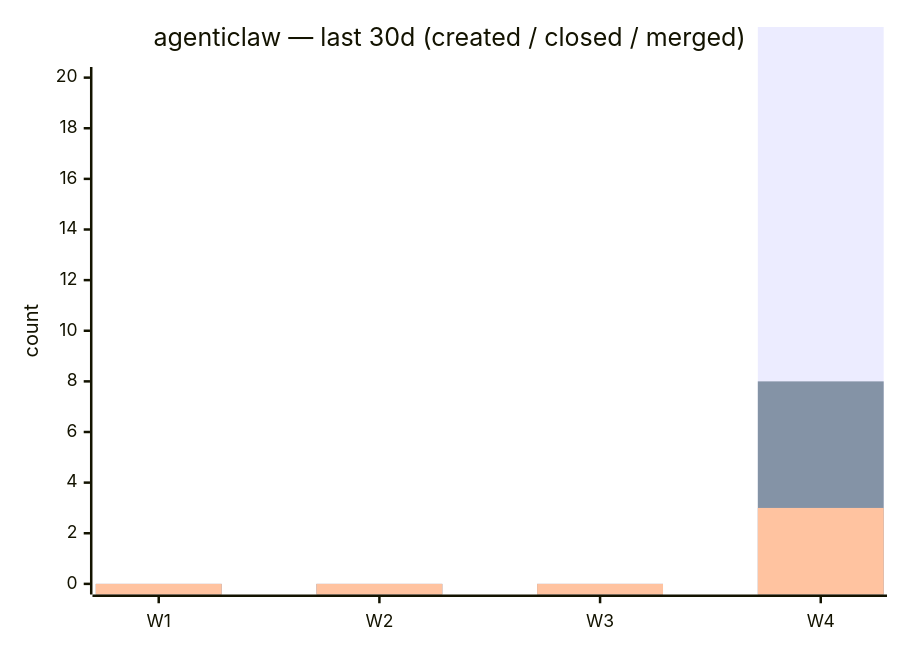
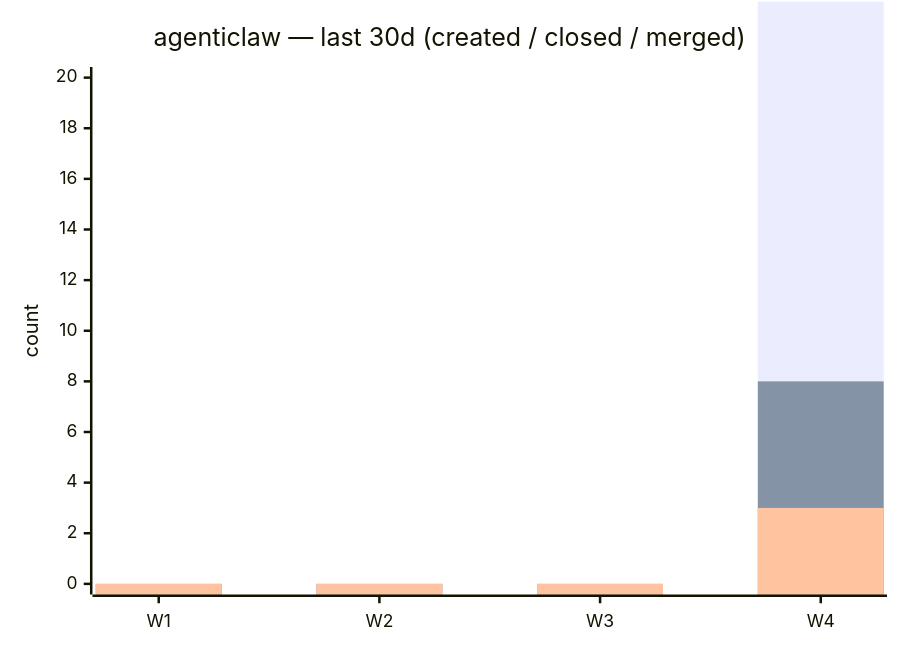
Before and after one commit to agentiagency/.github: the diagram in profile/README.md, drawn with Mermaid. The commit also changed other lines of this file, not shown here.

````diff
--- a/profile/README.md
+++ b/profile/README.md
@@ -98,9 +98,9 @@
 ```mermaid
 xychart-beta
   title "agenticlaw — last 30d (created / closed / merged)"
   x-axis ["W1", "W2", "W3", "W4"]
   y-axis "count" 0 --> 20
-  bar [0, 0, 0, 22]
+  bar [0, 0, 0, 23]
   bar [0, 0, 0, 8]
   bar [0, 0, 0, 3]
 ```
````
